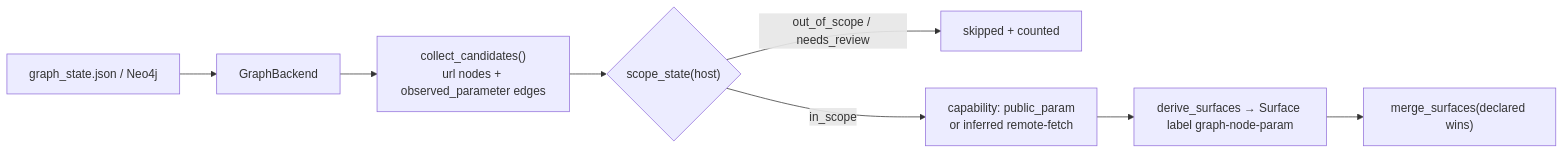
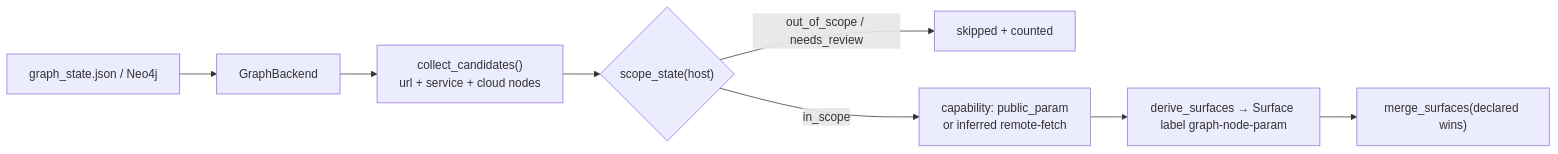
Before and after one commit to Haskeeb265/Attackbot-Minima: diagram 26 of 29 in docs/vuln_engine_docs/VULN_ENGINE_MASTER_REFERENCE.md, drawn with Mermaid. The commit also changed other lines of this file and 19 other files, not shown here.

````diff
--- a/docs/vuln_engine_docs/VULN_ENGINE_MASTER_REFERENCE.md
+++ b/docs/vuln_engine_docs/VULN_ENGINE_MASTER_REFERENCE.md
@@ -2977,10 +3020,10 @@
 ```mermaid
 flowchart LR
     G["graph_state.json / Neo4j"] --> B["GraphBackend"]
-    B --> CC["collect_candidates()<br/>url nodes + observed_parameter edges"]
+    B --> CC["collect_candidates()<br/>url + service + cloud nodes"]
     CC --> SCOPE{"scope_state(host)"}
     SCOPE -->|out_of_scope / needs_review| DROP["skipped + counted"]
     SCOPE -->|in_scope| CAP["capability: public_param<br/>or inferred remote-fetch"]
     CAP --> DER["derive_surfaces → Surface label graph-node-param"]
     DER --> MERGE["merge_surfaces(declared wins)"]
 ```
````
